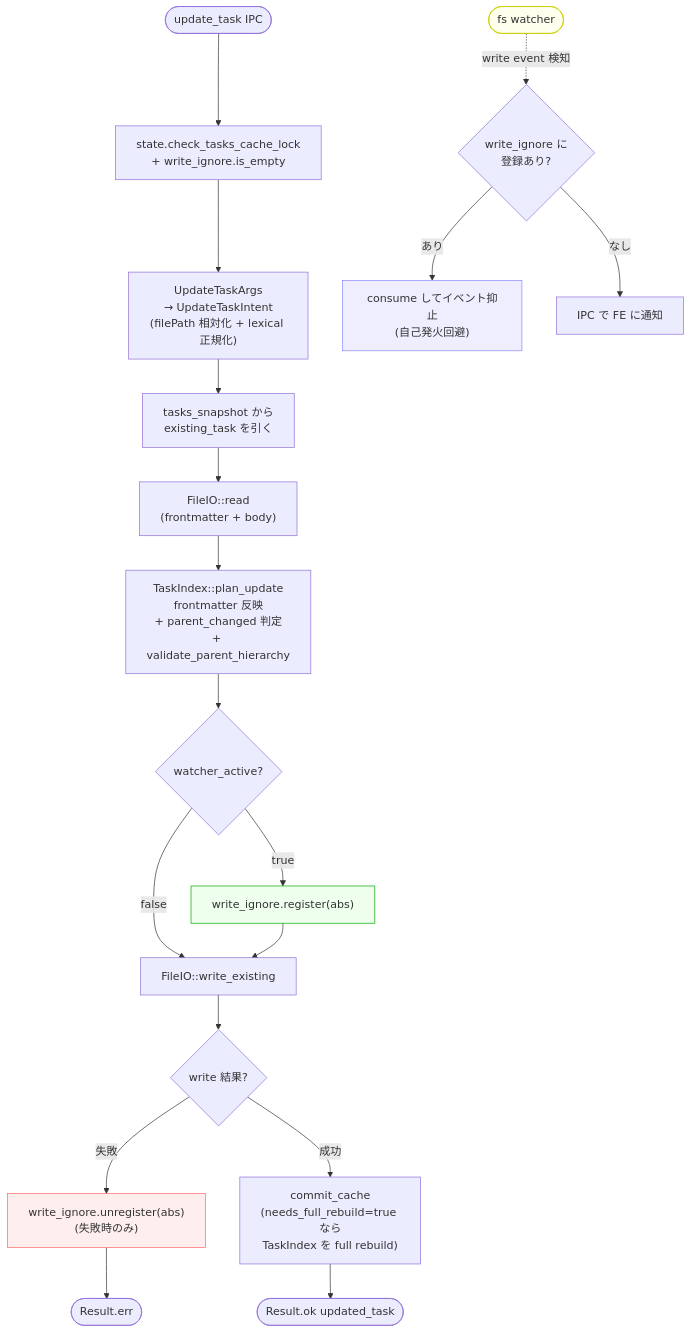
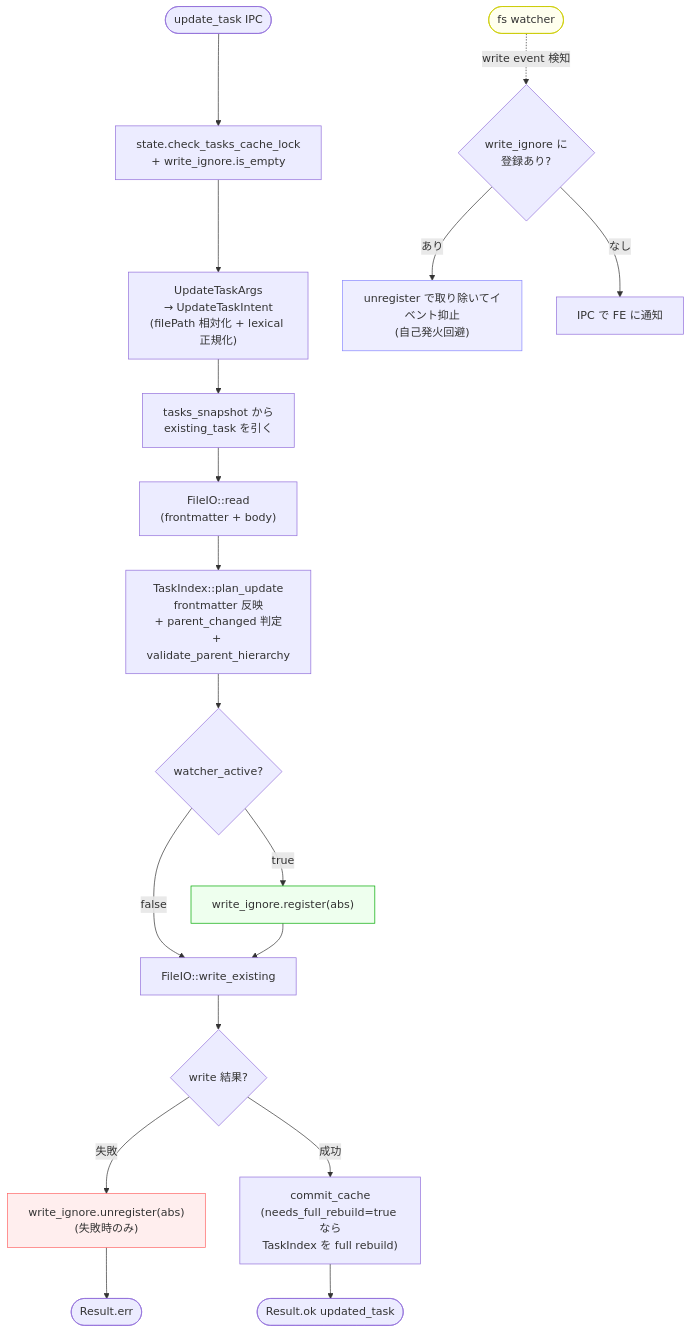
Before and after one commit to DIO0550/spec-board: the fourth of 4 diagrams in docs/impl/dnd-current-state.md, drawn with Mermaid. The commit also changed other lines of this file and 9 other files, not shown here.

````diff
--- a/docs/impl/dnd-current-state.md
+++ b/docs/impl/dnd-current-state.md
@@ -243,26 +243,26 @@
 ```mermaid
 flowchart TD
     IN([update_task IPC]) --> CHK["state.check_tasks_cache_lock<br/>+ write_ignore.is_empty"]
     CHK --> ARG["UpdateTaskArgs<br/>→ UpdateTaskIntent<br/>(filePath 相対化 + lexical 正規化)"]
     ARG --> SNAP["tasks_snapshot から<br/>existing_task を引く"]
     SNAP --> READ["FileIO::read<br/>(frontmatter + body)"]
     READ --> PU["TaskIndex::plan_update<br/>frontmatter 反映<br/>+ parent_changed 判定<br/>+ validate_parent_hierarchy"]
     PU --> WA{"watcher_active?"}
     WA -->|true| REG["write_ignore.register(abs)"]
     WA -->|false| WRITE
     REG --> WRITE["FileIO::write_existing"]
     WRITE --> WR{"write 結果?"}
     WR -->|失敗| UNREG["write_ignore.unregister(abs)<br/>(失敗時のみ)"]
     UNREG --> ERR([Result.err])
     WR -->|成功| CC["commit_cache<br/>(needs_full_rebuild=true なら<br/>TaskIndex を full rebuild)"]
     CC --> OK([Result.ok updated_task])
 
     WATCHER([fs watcher]) -.write event 検知.-> CONSUME{"write_ignore に<br/>登録あり?"}
-    CONSUME -->|あり| SKIP["consume してイベント抑止<br/>(自己発火回避)"]
+    CONSUME -->|あり| SKIP["unregister で取り除いてイベント抑止<br/>(自己発火回避)"]
     CONSUME -->|なし| EMIT["IPC で FE に通知"]
 
     style REG fill:#efe,stroke:#0a0
     style UNREG fill:#fee,stroke:#f66
     style SKIP fill:#eef,stroke:#88f
     style WATCHER fill:#ffe,stroke:#cc0
 ```
````
